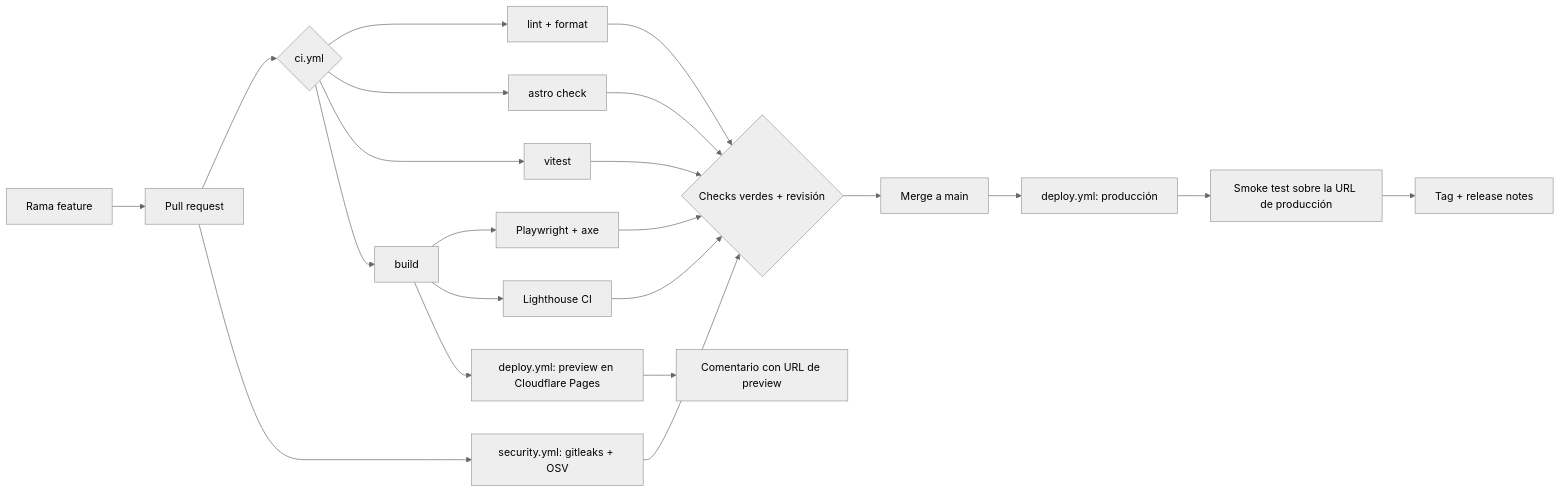
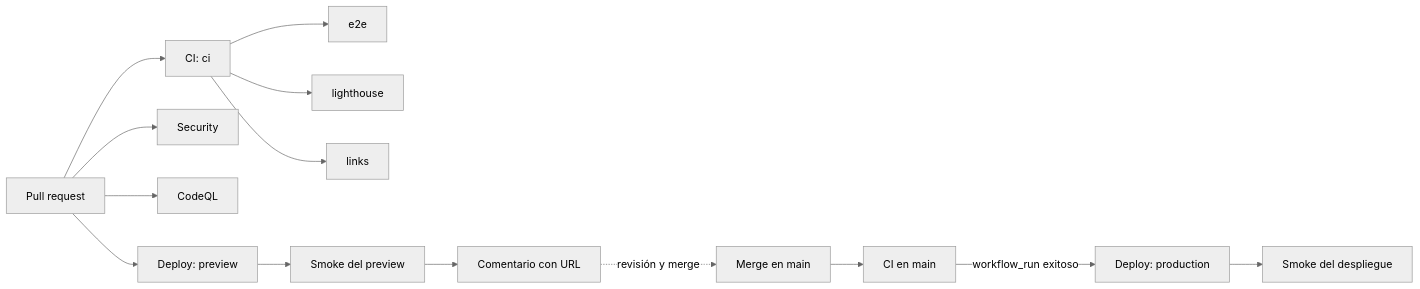
The diagram in docs/PLAN_PROYECTO.md (FerS00/Landing), drawn with Mermaid (neutral theme) before and after one commit. The commit also changed other lines of this file and 10 other files, not shown here.

Commit message:
docs: close project checkpoint and refresh repository graphs

````diff
--- a/docs/PLAN_PROYECTO.md
+++ b/docs/PLAN_PROYECTO.md
@@ -103,19 +105,16 @@
 ```mermaid
 flowchart LR
-  A[Rama feature] --> B[Pull request]
-  B --> C{ci.yml}
-  C --> C1[lint + format]
-  C --> C2[astro check]
-  C --> C3[vitest]
-  C --> C4[build]
-  C4 --> C5[Playwright + axe]
-  C4 --> C6[Lighthouse CI]
-  B --> S[security.yml: gitleaks + OSV]
-  C4 --> P[deploy.yml: preview en Cloudflare Pages]
-  P --> R[Comentario con URL de preview]
-  C1 & C2 & C3 & C5 & C6 & S --> M{Checks verdes + revisión}
-  M --> N[Merge a main]
-  N --> Q[deploy.yml: producción]
-  Q --> T[Smoke test sobre la URL de producción]
-  T --> U[Tag + release notes]
+  PR[Pull request] --> CI[CI: ci]
+  CI --> E2E[e2e]
+  CI --> LH[lighthouse]
+  CI --> LINKS[links]
+  PR --> SEC[Security]
+  PR --> CQL[CodeQL]
+  PR --> PREVIEW[Deploy: preview]
+  PREVIEW --> PSMOKE[Smoke del preview]
+  PSMOKE --> COMMENT[Comentario con URL]
+  COMMENT -. revisión y merge .-> MAIN[Merge en main]
+  MAIN --> CIMAIN[CI en main]
+  CIMAIN -->|workflow_run exitoso| PROD[Deploy: production]
+  PROD --> SMOKE[Smoke del despliegue]
 ```
````
